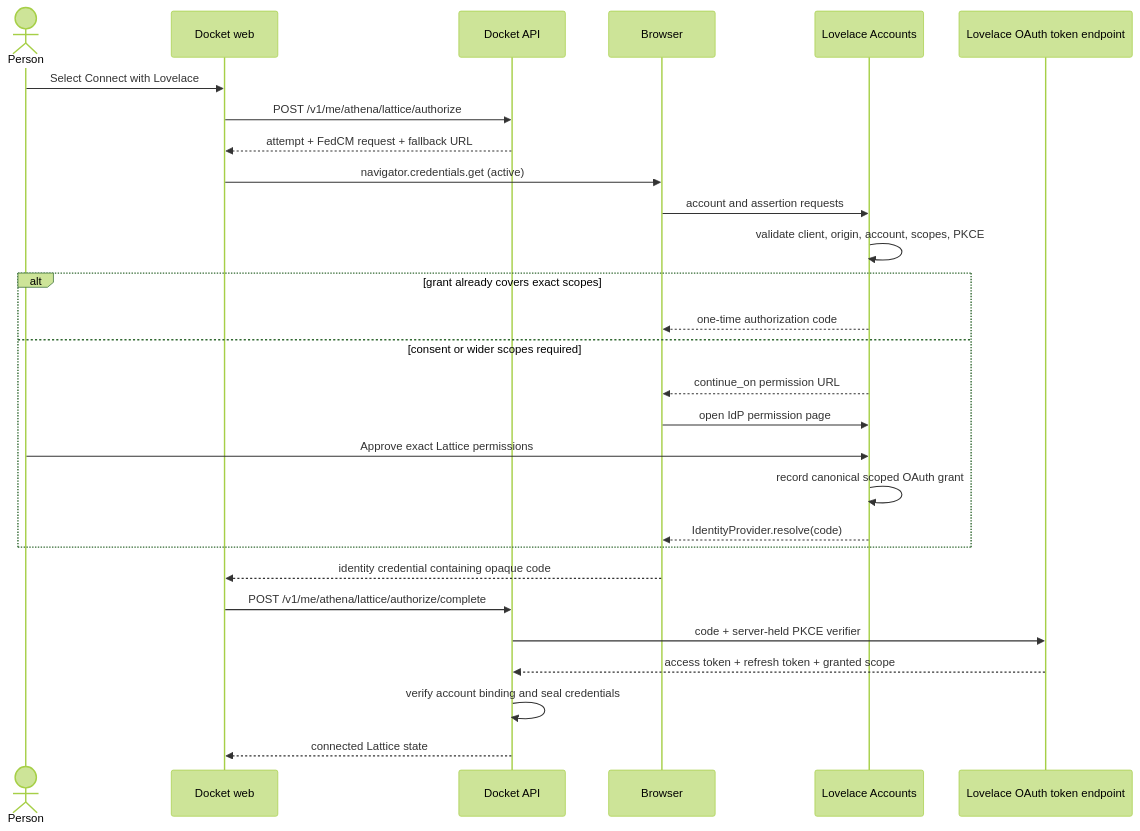
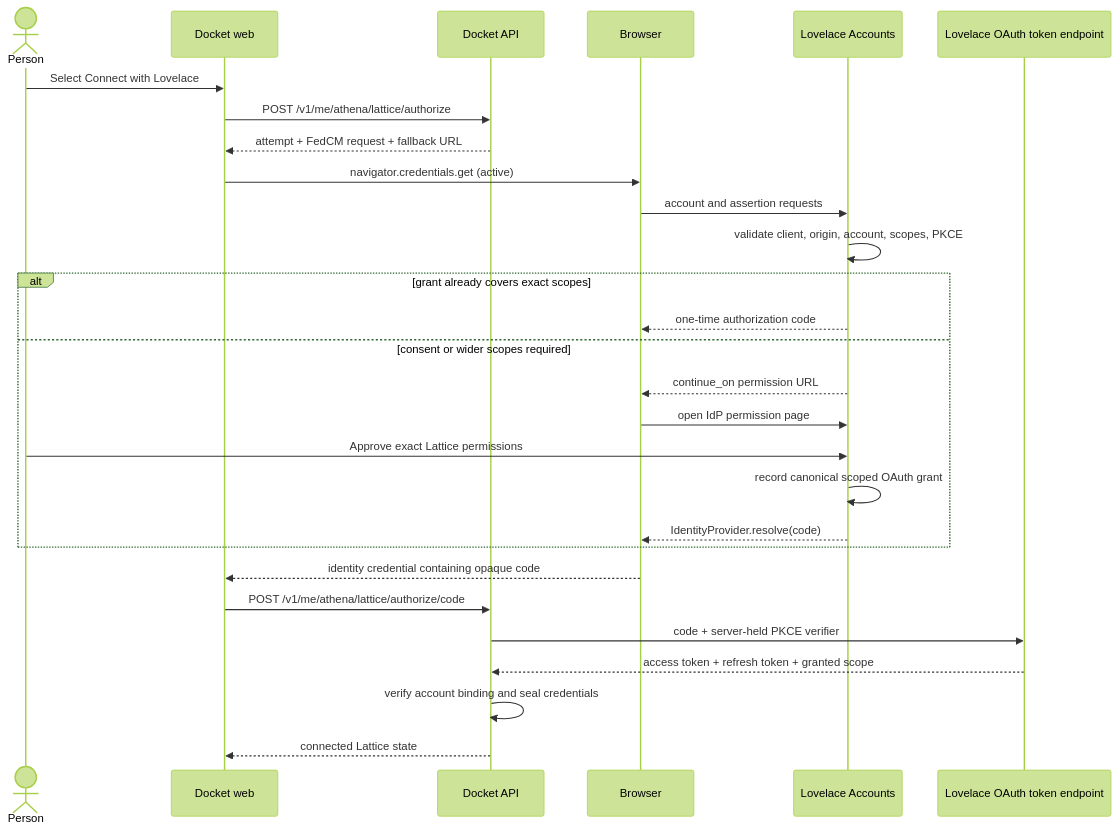
One commit to TheHypertextStudio/athena-web changed the diagram in docs/superpowers/specs/2026-09-01-fedcm-first-lattice-authorization-design.md. Above: the diagram before and after it, drawn with Mermaid (forest theme). The commit also changed other lines of this file and 5 other files, not shown here.

First line of the commit message:
fix(athena): Submit the Lovelace one-time code to a resource, not a procedure

````diff
--- a/docs/superpowers/specs/2026-09-01-fedcm-first-lattice-authorization-design.md
+++ b/docs/superpowers/specs/2026-09-01-fedcm-first-lattice-authorization-design.md
@@ -96,31 +96,31 @@
 ```mermaid
 sequenceDiagram
     actor Person
     participant Web as Docket web
     participant API as Docket API
     participant Browser
     participant Accounts as Lovelace Accounts
     participant Token as Lovelace OAuth token endpoint
 
     Person->>Web: Select Connect with Lovelace
     Web->>API: POST /v1/me/athena/lattice/authorize
     API-->>Web: attempt + FedCM request + fallback URL
     Web->>Browser: navigator.credentials.get (active)
     Browser->>Accounts: account and assertion requests
     Accounts->>Accounts: validate client, origin, account, scopes, PKCE
     alt grant already covers exact scopes
         Accounts-->>Browser: one-time authorization code
     else consent or wider scopes required
         Accounts-->>Browser: continue_on permission URL
         Browser->>Accounts: open IdP permission page
         Person->>Accounts: Approve exact Lattice permissions
         Accounts->>Accounts: record canonical scoped OAuth grant
         Accounts-->>Browser: IdentityProvider.resolve(code)
     end
     Browser-->>Web: identity credential containing opaque code
-    Web->>API: POST /v1/me/athena/lattice/authorize/complete
+    Web->>API: POST /v1/me/athena/lattice/authorize/code
     API->>Token: code + server-held PKCE verifier
     Token-->>API: access token + refresh token + granted scope
     API->>API: verify account binding and seal credentials
     API-->>Web: connected Lattice state
 ```
````
